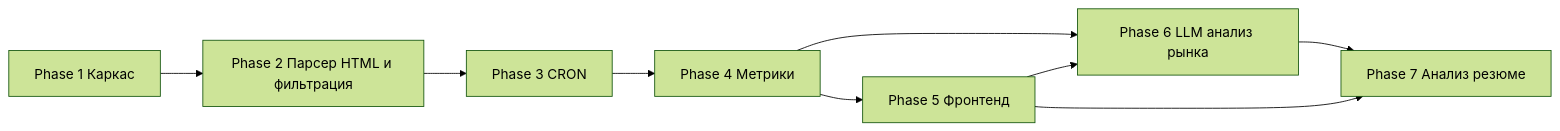
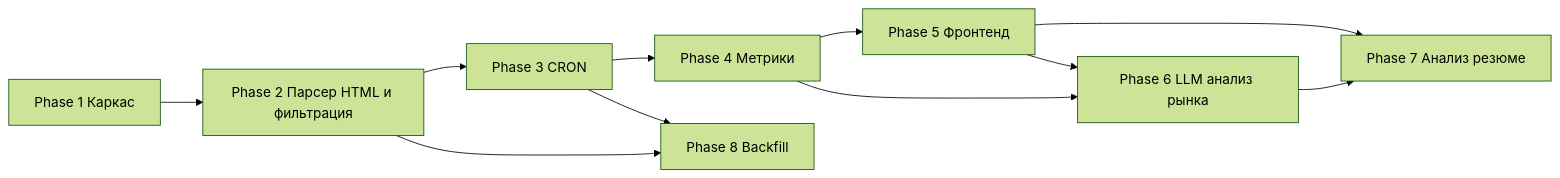
One commit to kemberl1/hh_analyser changed the diagram in docs/07-roadmap.md. Above: the diagram before and after it, drawn with Mermaid (forest theme). The commit also changed other lines of this file and 13 other files, not shown here.

````diff
--- a/docs/07-roadmap.md
+++ b/docs/07-roadmap.md
@@ -12,11 +12,13 @@
 ```mermaid
 flowchart LR
     P1[Phase 1 Каркас] --> P2[Phase 2 Парсер HTML и фильтрация]
     P2 --> P3[Phase 3 CRON]
     P3 --> P4[Phase 4 Метрики]
     P4 --> P5[Phase 5 Фронтенд]
     P4 --> P6[Phase 6 LLM анализ рынка]
     P5 --> P6
     P6 --> P7[Phase 7 Анализ резюме]
     P5 --> P7
+    P2 --> P8[Phase 8 Backfill]
+    P3 --> P8
 ```
````
